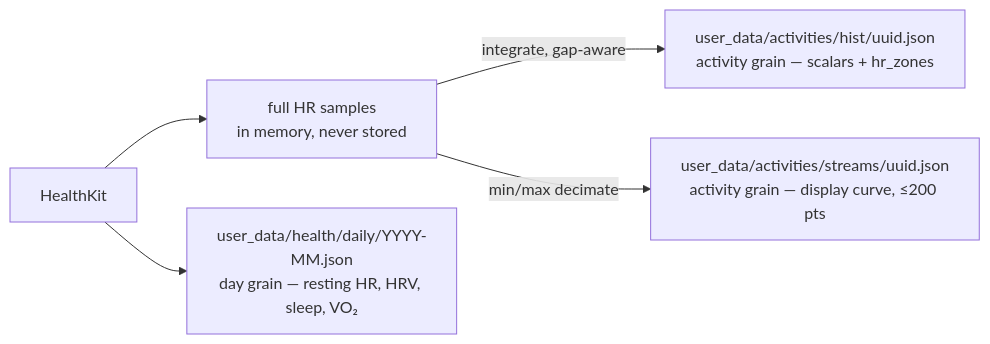
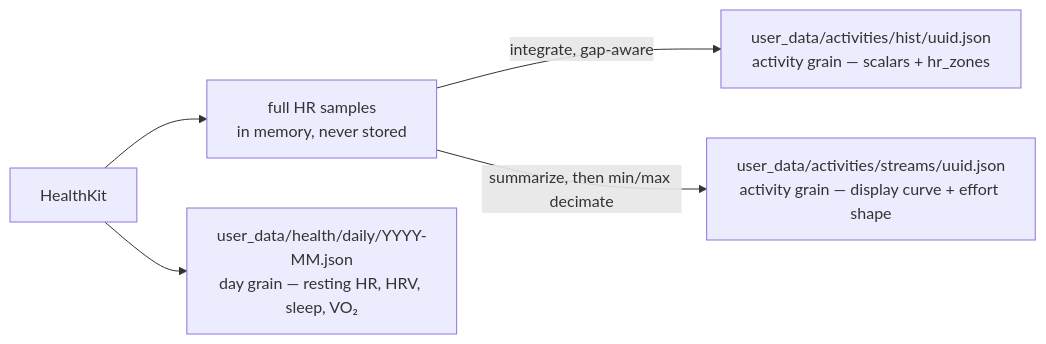
The diagram in docs/eng-docs/healthkit-richer-signals.md (sibling-shipyard/coach-hq), drawn with Mermaid before and after one commit. The commit also changed other lines of this file and 6 other files, not shown here.

Commit message:
ios: add proactive HR effort shape (#320)

````diff
--- a/docs/eng-docs/healthkit-richer-signals.md
+++ b/docs/eng-docs/healthkit-richer-signals.md
@@ -31,13 +31,13 @@
 ```mermaid
 flowchart LR
   hk["HealthKit"]
   full["full HR samples<br/>in memory, never stored"]
   hist["user_data/activities/hist/uuid.json<br/>activity grain — scalars + hr_zones"]
-  streams["user_data/activities/streams/uuid.json<br/>activity grain — display curve, ≤200 pts"]
+  streams["user_data/activities/streams/uuid.json<br/>activity grain — display curve + effort shape"]
   daily["user_data/health/daily/YYYY-MM.json<br/>day grain — resting HR, HRV, sleep, VO₂"]
 
   hk --> full
   full -->|"integrate, gap-aware"| hist
-  full -->|"min/max decimate"| streams
+  full -->|"summarize, then min/max decimate"| streams
   hk --> daily
 ```
````
